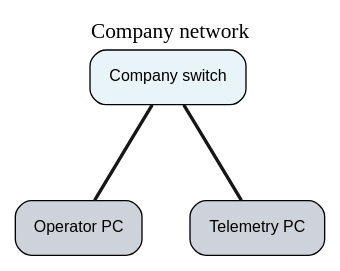
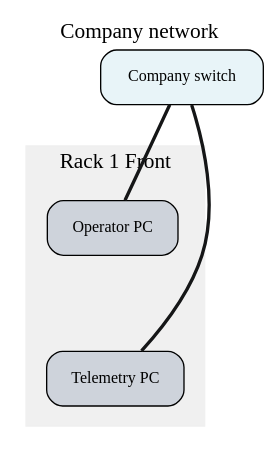
One commit to BenjiPestell/rack-diagram-demo changed the diagram in wiring_company_network.dot. Above: the diagram before and after it, drawn with Graphviz. The commit also changed 11 other files, not shown here.

```diff
--- a/wiring_company_network.dot
+++ b/wiring_company_network.dot
@@ -1,52 +1,65 @@
 graph "Company network" {
 
   graph [
     rankdir=TB,
     nodesep=0.5,
     ranksep=1.0,
     bgcolor="white",
     label="Company network",
     labelloc=t,
     fontsize=16,
-    fontname="Arial Bold"
+    fontname="Sinkin Sans"
   ];
 
   node [
     shape=box,
     style="rounded,filled",
     fillcolor="#E8F4F8",
     fontsize=12,
-    fontname="Arial",
+    fontname="Sinkin Sans",
     margin=0.2
   ];
 
   edge [
     color="#151617",
     style=solid,
     penwidth=2.5
   ];
 
-  // Devices by rack
+  // Devices organized by rack
+
+  subgraph cluster_rack1_front {
+    label="Rack 1 Front";
+    style=filled;
+    color="#F0F0F0";
+    fontname="Sinkin Sans";
+    margin=15;
+
     "Operator_PC" [
       label="Operator PC",
       fillcolor="#ced3db"
     ];
     "Telemetry_PC" [
       label="Telemetry PC",
       fillcolor="#ced3db"
     ];
 
+    // Vertical stacking within rack
+    "Operator_PC" -- "Telemetry_PC" [style=invis];
+  }
+
   // External devices
   "Company_switch" [
     label="Company switch"
   ];
 
-  // Connections
+  // Connections between devices
+
   "Company_switch" -- "Telemetry_PC" [
     color="#151617", style=solid, penwidth=2.5
   ];
   "Company_switch" -- "Operator_PC" [
     color="#151617", style=solid, penwidth=2.5
   ];
 
 }
```
